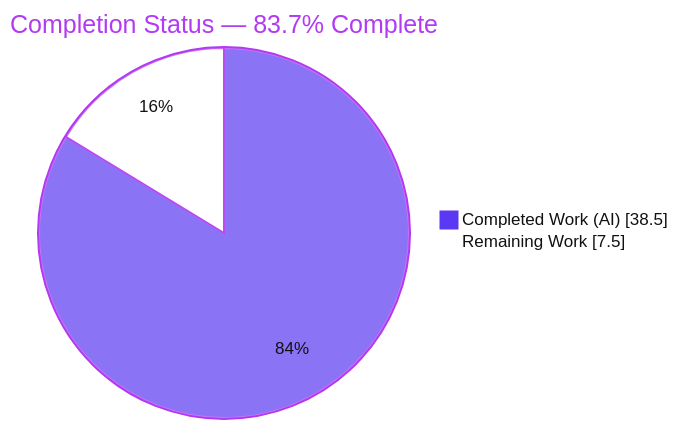
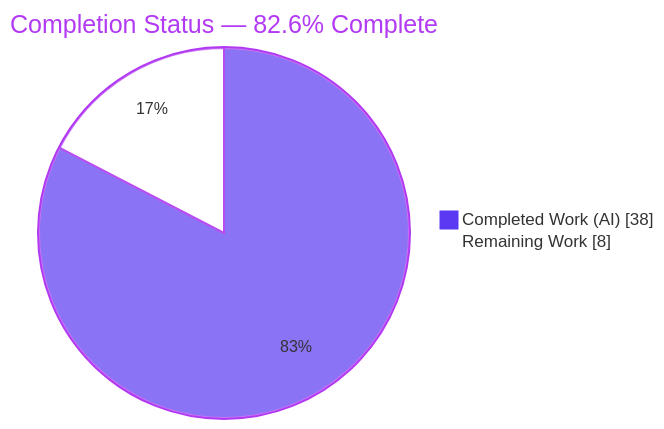
One commit to Sandeep02Kumar02/12-dec-existing-projects-qa-test-5 changed the first of 3 diagrams in blitzy/documentation/Project Guide.md. Above: the diagram before and after it, drawn with Mermaid. The commit also changed other lines of this file, not shown here.

Commit message:
Adding Blitzy Project Guide: Project Status and Human Tasks Remaining

````diff
--- a/blitzy/documentation/Project Guide.md
+++ b/blitzy/documentation/Project Guide.md
@@ -15,6 +19,6 @@
 ```mermaid
-%%{init: {'theme':'base','themeVariables':{'pie1':'#5B39F3','pie2':'#FFFFFF','pieStrokeColor':'#B23AF2','pieOuterStrokeColor':'#B23AF2','pieStrokeWidth':'2px','pieTitleTextColor':'#B23AF2','pieSectionTextColor':'#111111','pieLegendTextColor':'#111111'}}}%%
-pie showData title Completion Status — 83.7% Complete
-    "Completed Work (AI)" : 38.5
-    "Remaining Work" : 7.5
+%%{init: {'theme':'base', 'themeVariables': {'pie1':'#5B39F3','pie2':'#FFFFFF','pieStrokeColor':'#B23AF2','pieStrokeWidth':'2px','pieOuterStrokeColor':'#B23AF2','pieOuterStrokeWidth':'2px','pieTitleTextColor':'#B23AF2','pieSectionTextSize':'16px'}}}%%
+pie showData title Completion Status — 82.6% Complete
+    "Completed Work (AI)" : 38
+    "Remaining Work" : 8
 ```
````
